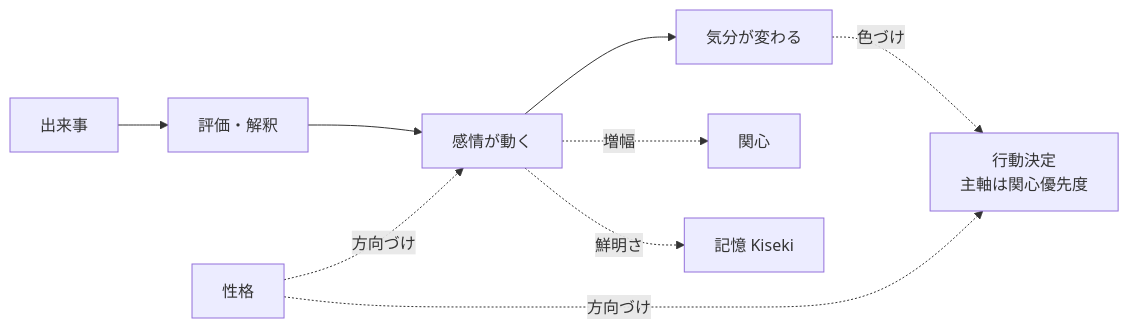
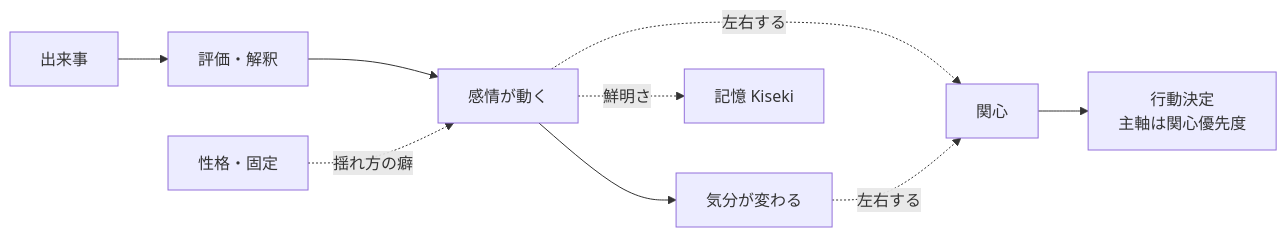
Before and after one commit to kizuna-org/akari: the diagram in docs/02-emotion.md, drawn with Mermaid. The commit also changed other lines of this file and 6 other files, not shown here.

````diff
--- a/docs/02-emotion.md
+++ b/docs/02-emotion.md
@@ -78,11 +88,11 @@
 ```mermaid
 flowchart LR
     EV[出来事] --> AP[評価・解釈]
     AP --> EM[感情が動く]
     EM --> MO[気分が変わる]
-    EM -. 増幅 .-> IN[関心]
+    EM -. 左右する .-> IN[関心]
+    MO -. 左右する .-> IN
     EM -. 鮮明さ .-> ME[記憶 Kiseki]
-    MO -. 色づけ .-> DEC[行動決定<br/>主軸は関心優先度]
-    PER[性格] -. 方向づけ .-> EM
-    PER -. 方向づけ .-> DEC
+    IN --> DEC[行動決定<br/>主軸は関心優先度]
+    PER[性格・固定] -. 揺れ方の癖 .-> EM
 ```
````
